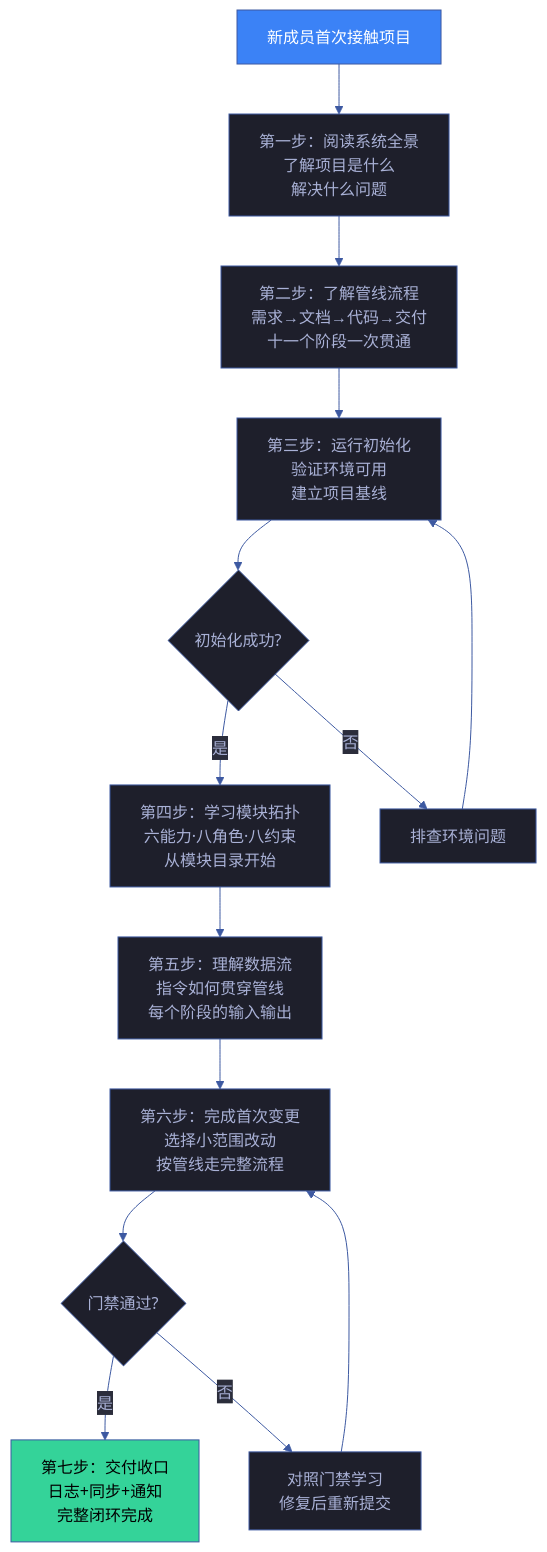
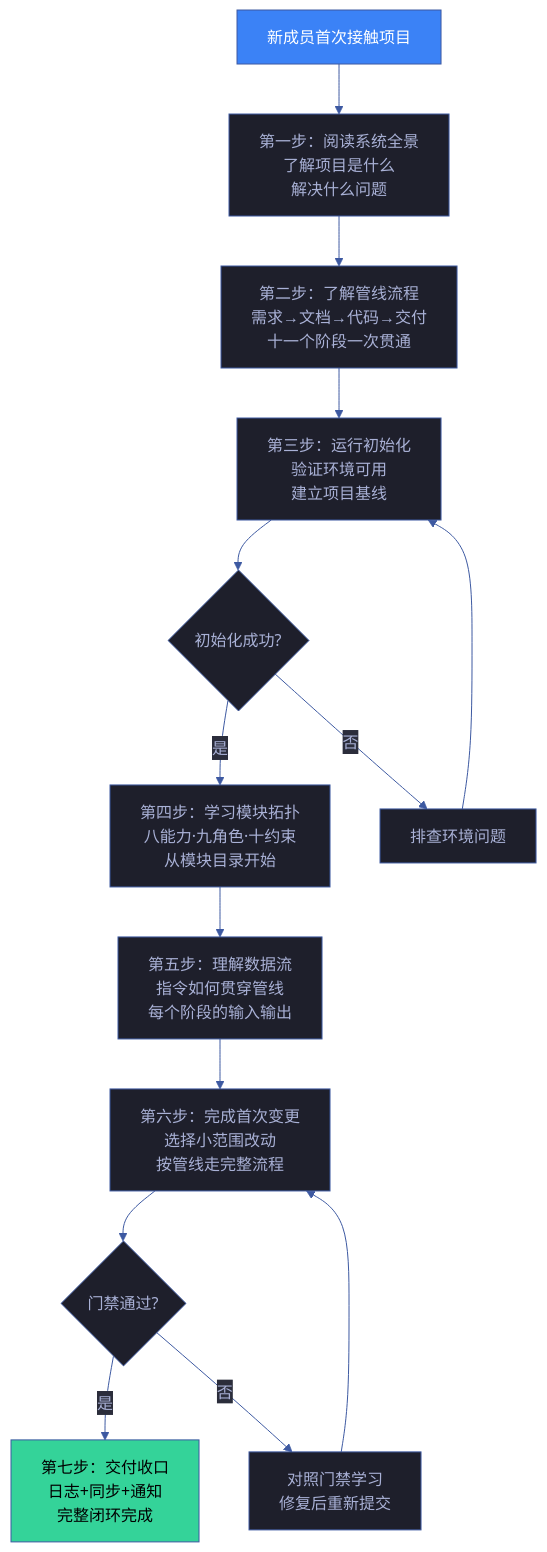
The first of 4 diagrams in cdn/yry-arch/scenes/场景-1-新人上手/index.md (effiy/YrY), drawn with Mermaid before and after one commit. The commit also changed other lines of this file and 1028 other files, not shown here.

````diff
--- a/cdn/yry-arch/scenes/场景-1-新人上手/index.md
+++ b/cdn/yry-arch/scenes/场景-1-新人上手/index.md
@@ -38,27 +39,27 @@
 ```mermaid
 %%{init: {'theme': 'base', 'themeVariables': {
   'primaryColor': '#1e1f2b',
   'primaryTextColor': '#a9b1d6',
   'primaryBorderColor': '#3d59a1',
   'lineColor': '#3d59a1',
   'secondaryColor': '#2b2d3b',
   'tertiaryColor': '#21232f'
 }}}%%
 flowchart TB
     A["新成员首次接触项目"]:::entry --> B["第一步：阅读系统全景<br/>了解项目是什么<br/>解决什么问题"]
     B --> C["第二步：了解管线流程<br/>需求→文档→代码→交付<br/>十一个阶段一次贯通"]
     C --> D["第三步：运行初始化<br/>验证环境可用<br/>建立项目基线"]
     D --> D1{"初始化成功?"}
-    D1 -->|"是"| E["第四步：学习模块拓扑<br/>六能力·八角色·八约束<br/>从模块目录开始"]
+    D1 -->|"是"| E["第四步：学习模块拓扑<br/>八能力·九角色·十约束<br/>从模块目录开始"]
     D1 -->|"否"| FIX["排查环境问题"]
     FIX --> D
     E --> F["第五步：理解数据流<br/>指令如何贯穿管线<br/>每个阶段的输入输出"]
     F --> G["第六步：完成首次变更<br/>选择小范围改动<br/>按管线走完整流程"]
     G --> H{"门禁通过?"}
     H -->|"是"| I["第七步：交付收口<br/>日志+同步+通知<br/>完整闭环完成"]:::done
     H -->|"否"| LEARN["对照门禁学习<br/>修复后重新提交"]
     LEARN --> G
 
     classDef entry fill:#3B82F6,color:#fff
     classDef done fill:#34d399,color:#000
 ```
````
